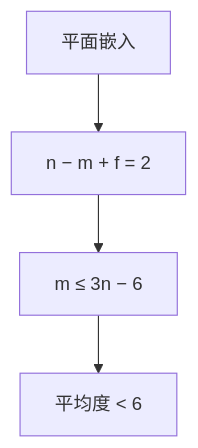
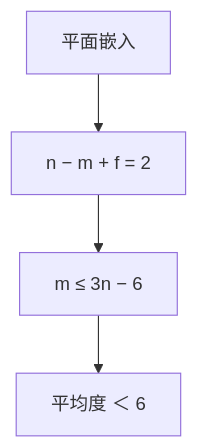
The diagram in docs/cs/planar-graph.md (xhongduo-tech/xhongduo-tech.github.io), drawn with Mermaid before and after one commit. The commit also changed 772 other files, not shown here.

````diff
--- a/docs/cs/planar-graph.md
+++ b/docs/cs/planar-graph.md
@@ -28,6 +28,6 @@
 ```mermaid
 flowchart TD
   PL["平面嵌入"] --> EU["n − m + f = 2"]
   EU --> BND["m ≤ 3n − 6"]
-  BND --> SP["平均度 < 6"]
+  BND --> SP["平均度 ＜ 6"]
 ```
````
